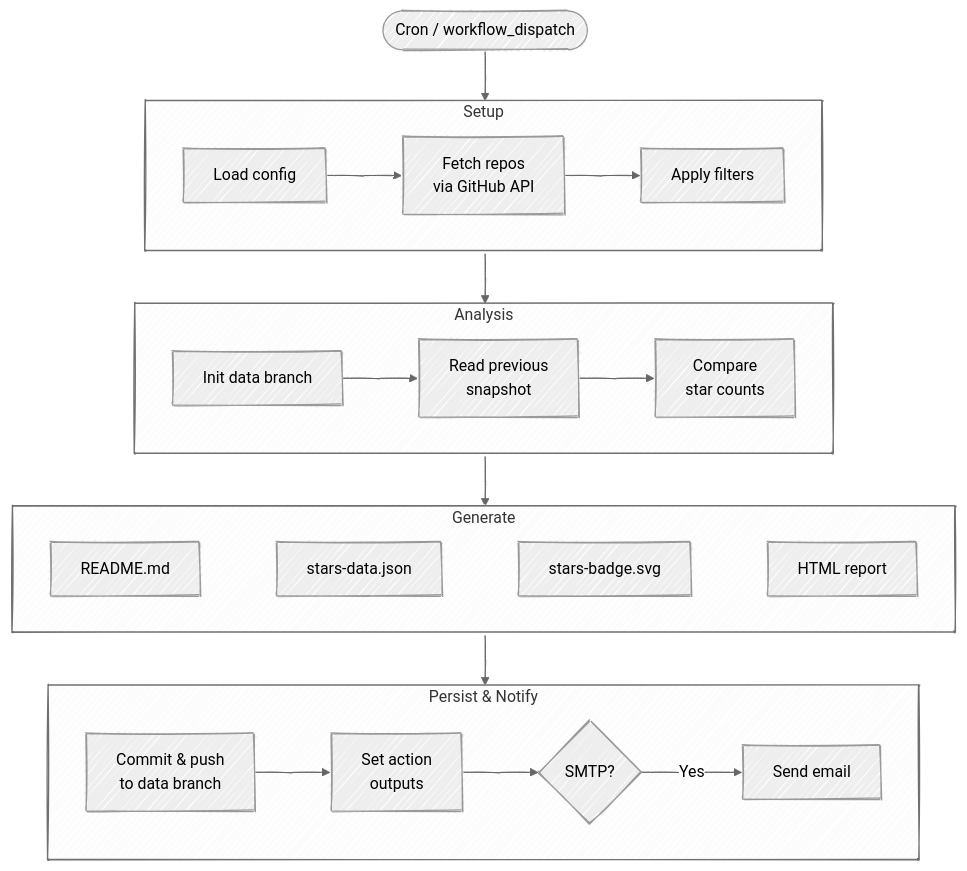
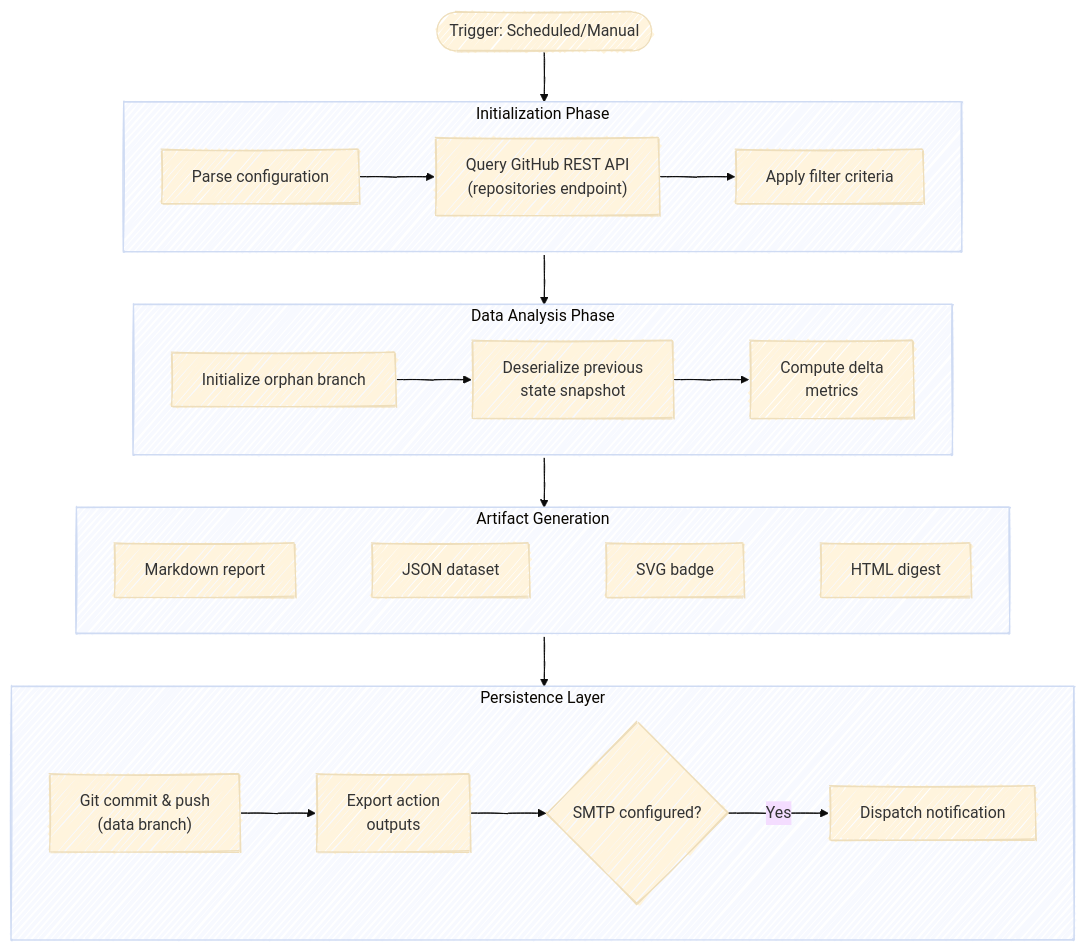
The first of 2 diagrams in README.md (fbuireu/github-star-tracker), drawn with Mermaid before and after one commit. The commit also changed other lines of this file, not shown here.

Commit message:
docs: fix readme contrast

````diff
--- a/README.md
+++ b/README.md
@@ -16,32 +16,32 @@
 ```mermaid
 ---
 config:
   look: handDrawn
-  theme: neutral
+  theme: base
 ---
 flowchart TD
-    trigger(["Cron / workflow_dispatch"])
+    trigger(["Trigger: Scheduled/Manual"])
 
-    subgraph setup ["Setup"]
+    subgraph setup ["Initialization Phase"]
         direction LR
-        config["Load config"] --> fetch["Fetch repos\nvia GitHub API"] --> filter["Apply filters"]
+        config["Parse configuration"] --> fetch["Query GitHub REST API\n(repositories endpoint)"] --> filter["Apply filter criteria"]
     end
 
-    subgraph analysis ["Analysis"]
+    subgraph analysis ["Data Analysis Phase"]
         direction LR
-        init["Init data branch"] --> read["Read previous\nsnapshot"] --> compare["Compare\nstar counts"]
+        init["Initialize orphan branch"] --> read["Deserialize previous\nstate snapshot"] --> compare["Compute delta\nmetrics"]
     end
 
-    subgraph artifacts ["Generate"]
+    subgraph artifacts ["Artifact Generation"]
         direction LR
-        md["README.md"] ~~~ json["stars-data.json"] ~~~ svg["stars-badge.svg"] ~~~ html["HTML report"]
+        md["Markdown report"] ~~~ json["JSON dataset"] ~~~ svg["SVG badge"] ~~~ html["HTML digest"]
     end
 
-    subgraph persist ["Persist & Notify"]
+    subgraph persist ["Persistence Layer"]
         direction LR
-        commit["Commit & push\nto data branch"] --> setout["Set action\noutputs"] --> email{"SMTP?"}
-        email -->|Yes| send["Send email"]
+        commit["Git commit & push\n(data branch)"] --> setout["Export action\noutputs"] --> email{"SMTP configured?"}
+        email -->|Yes| send["Dispatch notification"]
     end
 
     trigger --> setup --> analysis --> artifacts --> persist
 ```
````
